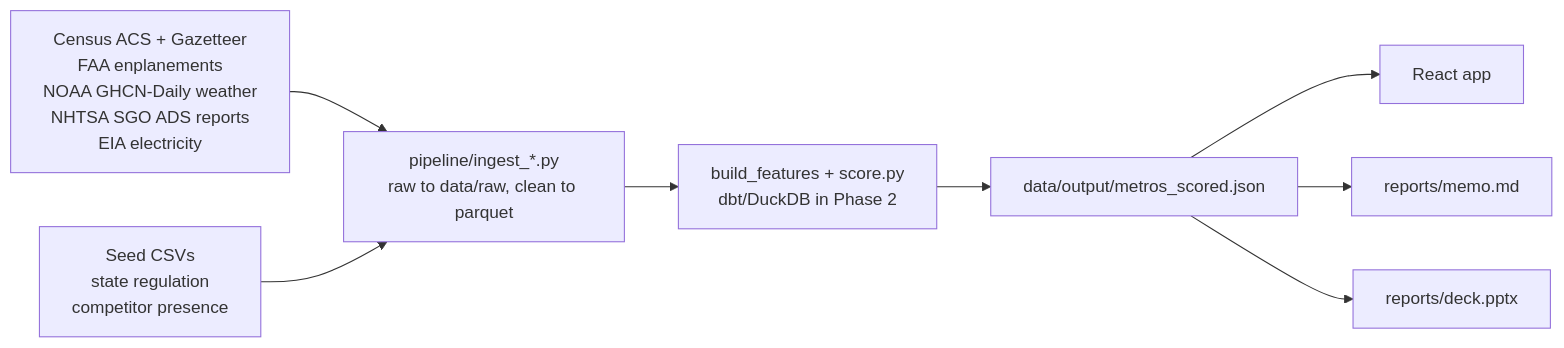
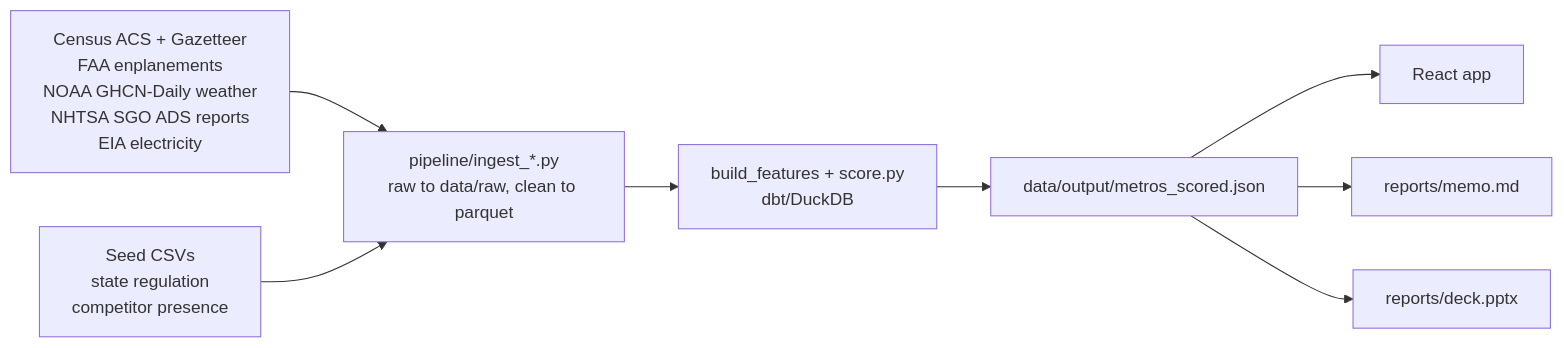
Before and after one commit to jmayank574/av-expansion-strategy: the diagram in README.md, drawn with Mermaid. The commit also changed other lines of this file and 7 other files, not shown here.

````diff
--- a/README.md
+++ b/README.md
@@ -23,10 +23,10 @@
 ```mermaid
 flowchart LR
   A[Census ACS + Gazetteer<br/>FAA enplanements<br/>NOAA GHCN-Daily weather<br/>NHTSA SGO ADS reports<br/>EIA electricity] --> B[pipeline/ingest_*.py<br/>raw to data/raw, clean to parquet]
   S[Seed CSVs<br/>state regulation<br/>competitor presence] --> B
-  B --> C[build_features + score.py<br/>dbt/DuckDB in Phase 2]
+  B --> C[build_features + score.py<br/>dbt/DuckDB]
   C --> D[data/output/metros_scored.json]
   D --> E[React app]
   D --> F[reports/memo.md]
   D --> G[reports/deck.pptx]
 ```
````
